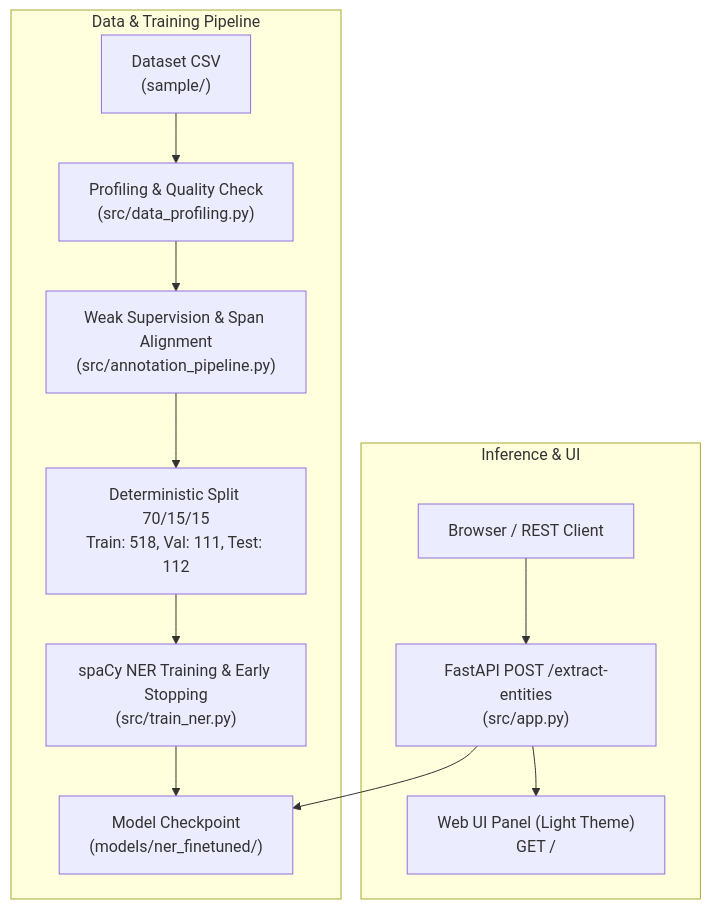
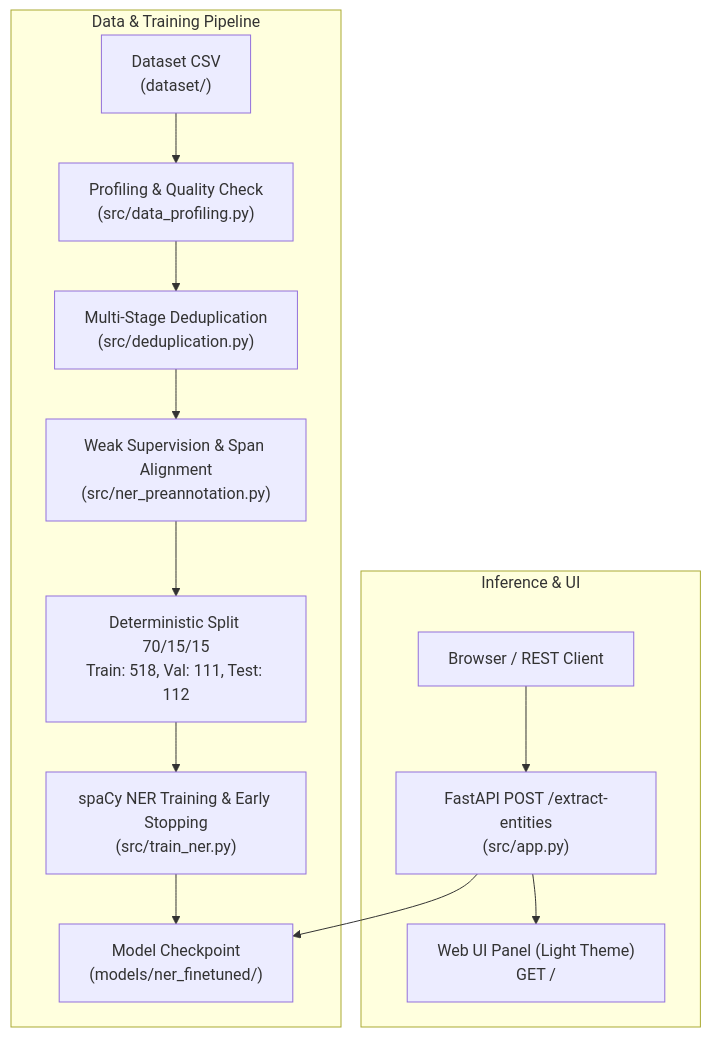
The diagram in README.md (Ardhana-Hidayat/Article-NER-Kelompok-4), drawn with Mermaid before and after one commit. The commit also changed other lines of this file, not shown here.

Commit message:
docs: update README pipeline flowchart, execution steps, and directory structure

````diff
--- a/README.md
+++ b/README.md
@@ -9,16 +9,17 @@
 ```mermaid
 flowchart TD
     subgraph Pipeline ["Data & Training Pipeline"]
-        CSV["Dataset CSV<br/>(sample/)"] --> Profiler["Profiling & Quality Check<br/>(src/data_profiling.py)"]
-        Profiler --> PreAnnotator["Weak Supervision & Span Alignment<br/>(src/annotation_pipeline.py)"]
+        CSV["Dataset CSV<br/>(dataset/)"] --> Profiler["Profiling & Quality Check<br/>(src/data_profiling.py)"]
+        Profiler --> Deduplicator["Multi-Stage Deduplication<br/>(src/deduplication.py)"]
+        Deduplicator --> PreAnnotator["Weak Supervision & Span Alignment<br/>(src/ner_preannotation.py)"]
         PreAnnotator --> Splitter["Deterministic Split 70/15/15<br/>Train: 518, Val: 111, Test: 112"]
         Splitter --> Trainer["spaCy NER Training & Early Stopping<br/>(src/train_ner.py)"]
         Trainer --> BestModel["Model Checkpoint<br/>(models/ner_finetuned/)"]
     end
 
     subgraph Service ["Inference & UI"]
         Client["Browser / REST Client"] --> API["FastAPI POST /extract-entities<br/>(src/app.py)"]
         API --> BestModel
         API --> UI["Web UI Panel (Light Theme)<br/>GET /"]
     end
 ```
````
